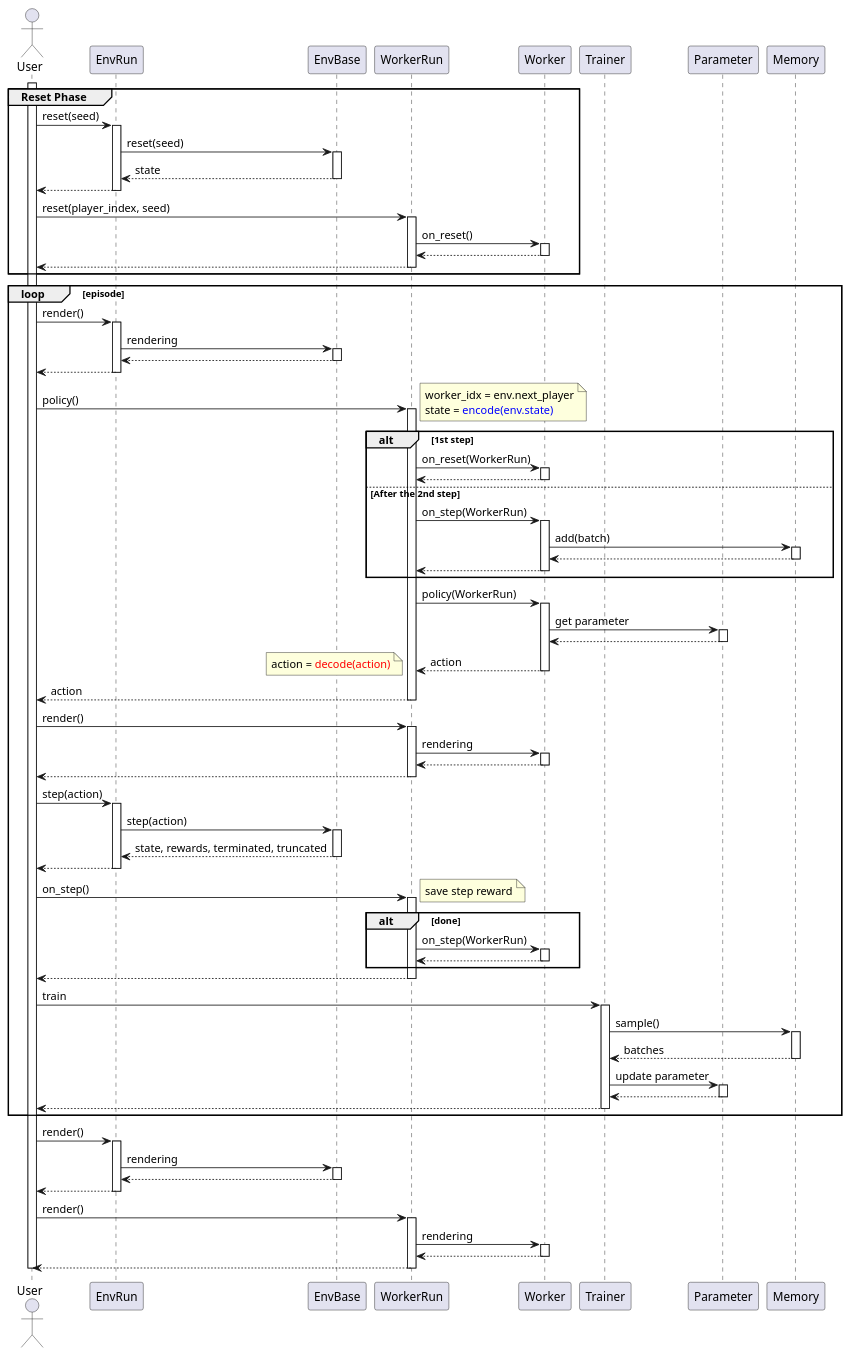
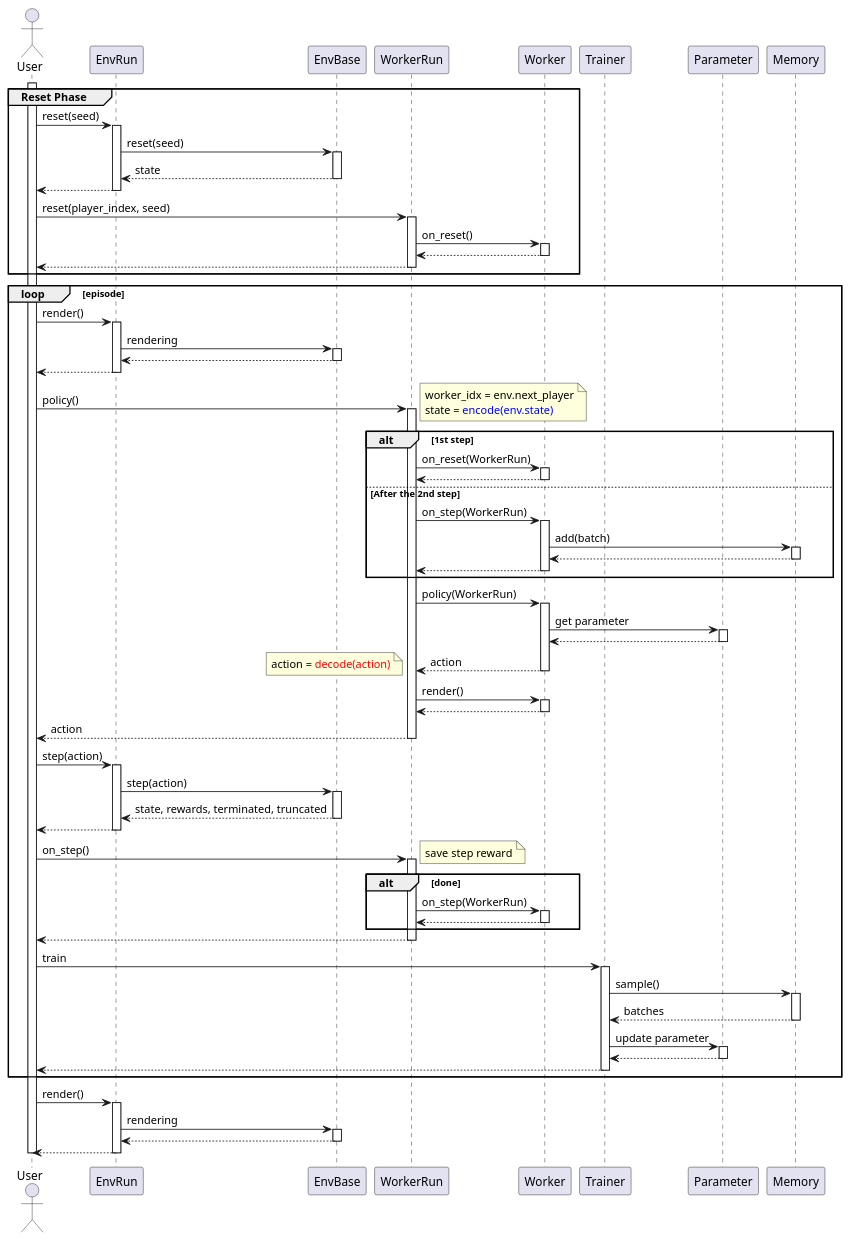
The diagram in diagrams/playflow2.pu (pocokhc/simple_distributed_rl), drawn with PlantUML before and after one commit. The commit also changed 73 other files, not shown here.

Commit message:
[base.rl.worker_run] change: workerのon_stepとrenderの状態をpolicyと同じ状態に変更

```diff
--- a/diagrams/playflow2.pu
+++ b/diagrams/playflow2.pu
@@ -1,103 +1,98 @@
 @startuml playflow2
 autoactivate on
 
 actor User
 
 participant EnvRun
 participant EnvBase
 
 participant WorkerRun
 participant Worker
 
 participant Trainer
 participant Parameter
 participant Memory
 
 
 activate User
 
 group Reset Phase
     User -> EnvRun: reset(seed)
         EnvRun -> EnvBase: reset(seed)
         return state
     return
 
     User -> WorkerRun: reset(player_index, seed)
         WorkerRun -> Worker: on_reset()
         return
     return
 end
 
 loop episode
     User -> EnvRun: render()
         EnvRun -> EnvBase: rendering
         return
     return
 
     User -> WorkerRun: policy()
         note right
         worker_idx = env.next_player
         state = <color blue>encode(env.state)</color>
         end note
 
         alt 1st step
             WorkerRun -> Worker: on_reset(WorkerRun)
             return
         else After the 2nd step
             WorkerRun -> Worker: on_step(WorkerRun)
                 Worker -> Memory: add(batch)
                 return
             return
         end
 
         WorkerRun -> Worker: policy(WorkerRun)
             Worker -> Parameter: get parameter
             return
         return action
 
         note left
         action = <color red>decode(action)</color>
         end note
+
+        WorkerRun -> Worker: render()
+        return
+
     return action
 
-    User -> WorkerRun: render()
-        WorkerRun -> Worker: rendering
-        return
-    return
-    
     User -> EnvRun: step(action)
         EnvRun -> EnvBase: step(action)
         return state, rewards, terminated, truncated
     return
 
     User -> WorkerRun: on_step()
         note right
         save step reward
         end note
         alt done
             WorkerRun -> Worker: on_step(WorkerRun)
             return
         end
     return
 
     User -> Trainer: train
         Trainer -> Memory: sample()
         return batches
         Trainer -> Parameter: update parameter
         return
     return
 
 end
 
 User -> EnvRun: render()
     EnvRun -> EnvBase: rendering
     return
 return
-User -> WorkerRun: render()
-    WorkerRun -> Worker: rendering
-    return
-return
 
 deactivate User
 
 @enduml
```
